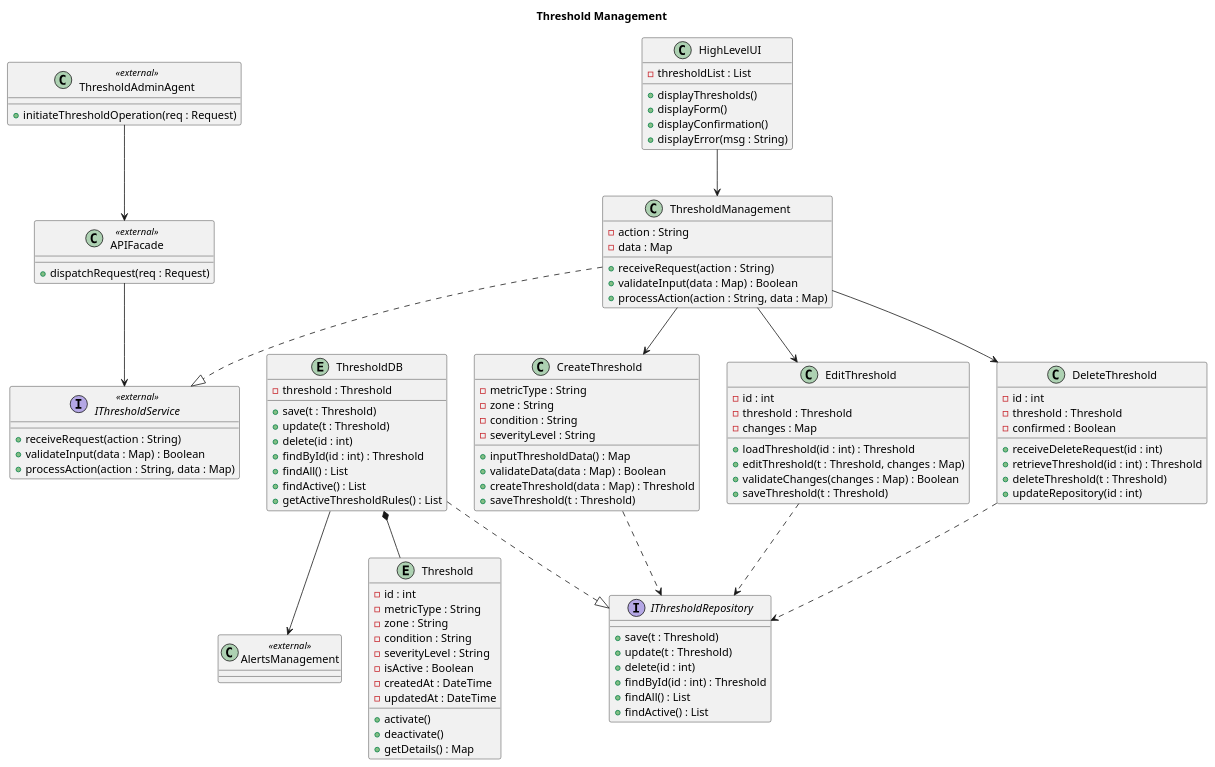
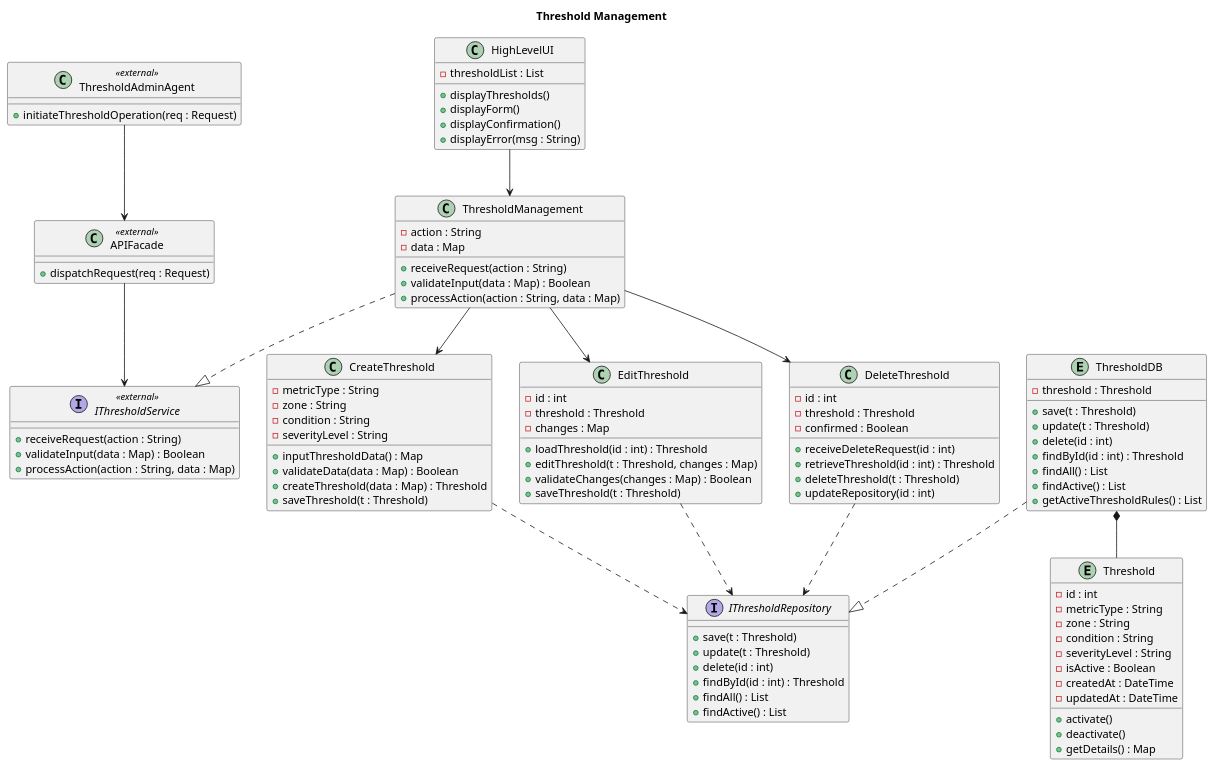
The diagram in docs/diagrams/plantuml/class/ThresholdManagement.puml (harmanpreet-sagar/SFWRENG-3A04-Group6-T01), drawn with PlantUML before and after one commit. The commit also changed 10 other files, not shown here.

Commit message:
update uml diagrams, compiled uml diagrams, and d3 report

```diff
--- a/docs/diagrams/plantuml/class/ThresholdManagement.puml
+++ b/docs/diagrams/plantuml/class/ThresholdManagement.puml
@@ -1,121 +1,117 @@
 @startuml ThresholdManagement_ClassDiagram
 title Threshold Management
 
 ' ─── External stubs ──────────────────────────────────────────
 class ThresholdAdminAgent <<external>> {
   +initiateThresholdOperation(req : Request)
 }
 
 class APIFacade <<external>> {
   +dispatchRequest(req : Request)
 }
 
 interface IThresholdService <<external>> {
   +receiveRequest(action : String)
   +validateInput(data : Map) : Boolean
   +processAction(action : String, data : Map)
-}
-
-class AlertsManagement <<external>> {
 }
 
 ' ─── Own classes ─────────────────────────────────────────────
 class HighLevelUI {
   -thresholdList : List
   +displayThresholds()
   +displayForm()
   +displayConfirmation()
   +displayError(msg : String)
 }
 
 class ThresholdManagement {
   -action : String
   -data : Map
   +receiveRequest(action : String)
   +validateInput(data : Map) : Boolean
   +processAction(action : String, data : Map)
 }
 
 class CreateThreshold {
   -metricType : String
   -zone : String
   -condition : String
   -severityLevel : String
   +inputThresholdData() : Map
   +validateData(data : Map) : Boolean
   +createThreshold(data : Map) : Threshold
   +saveThreshold(t : Threshold)
 }
 
 class EditThreshold {
   -id : int
   -threshold : Threshold
   -changes : Map
   +loadThreshold(id : int) : Threshold
   +editThreshold(t : Threshold, changes : Map)
   +validateChanges(changes : Map) : Boolean
   +saveThreshold(t : Threshold)
 }
 
 class DeleteThreshold {
   -id : int
   -threshold : Threshold
   -confirmed : Boolean
   +receiveDeleteRequest(id : int)
   +retrieveThreshold(id : int) : Threshold
   +deleteThreshold(t : Threshold)
   +updateRepository(id : int)
 }
 
 interface IThresholdRepository {
   +save(t : Threshold)
   +update(t : Threshold)
   +delete(id : int)
   +findById(id : int) : Threshold
   +findAll() : List
   +findActive() : List
 }
 
 entity ThresholdDB {
   -threshold : Threshold
   +save(t : Threshold)
   +update(t : Threshold)
   +delete(id : int)
   +findById(id : int) : Threshold
   +findAll() : List
   +findActive() : List
   +getActiveThresholdRules() : List
 }
 
 entity Threshold {
   -id : int
   -metricType : String
   -zone : String
   -condition : String
   -severityLevel : String
   -isActive : Boolean
   -createdAt : DateTime
   -updatedAt : DateTime
   +activate()
   +deactivate()
   +getDetails() : Map
 }
 
 ' ─── Cross-subsystem connections ─────────────────────────────
-ThresholdAdminAgent   --> APIFacade
-APIFacade             --> IThresholdService
-ThresholdManagement   ..|> IThresholdService
-ThresholdDB           --> AlertsManagement
+ThresholdAdminAgent --> APIFacade
+APIFacade           --> IThresholdService
+ThresholdManagement ..|> IThresholdService
 
 ' ─── Internal relationships ──────────────────────────────────
 HighLevelUI         --> ThresholdManagement
 ThresholdManagement --> CreateThreshold
 ThresholdManagement --> EditThreshold
 ThresholdManagement --> DeleteThreshold
 CreateThreshold     ..> IThresholdRepository
 EditThreshold       ..> IThresholdRepository
 DeleteThreshold     ..> IThresholdRepository
 ThresholdDB         ..|> IThresholdRepository
 ThresholdDB         *-- Threshold
 
 @enduml
```
